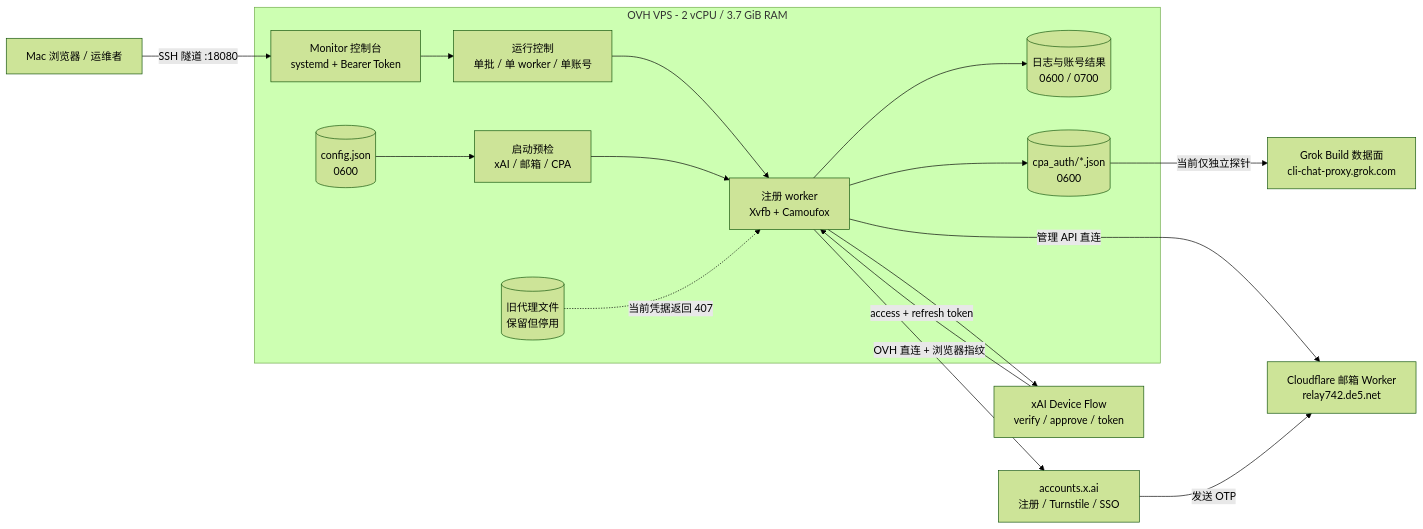
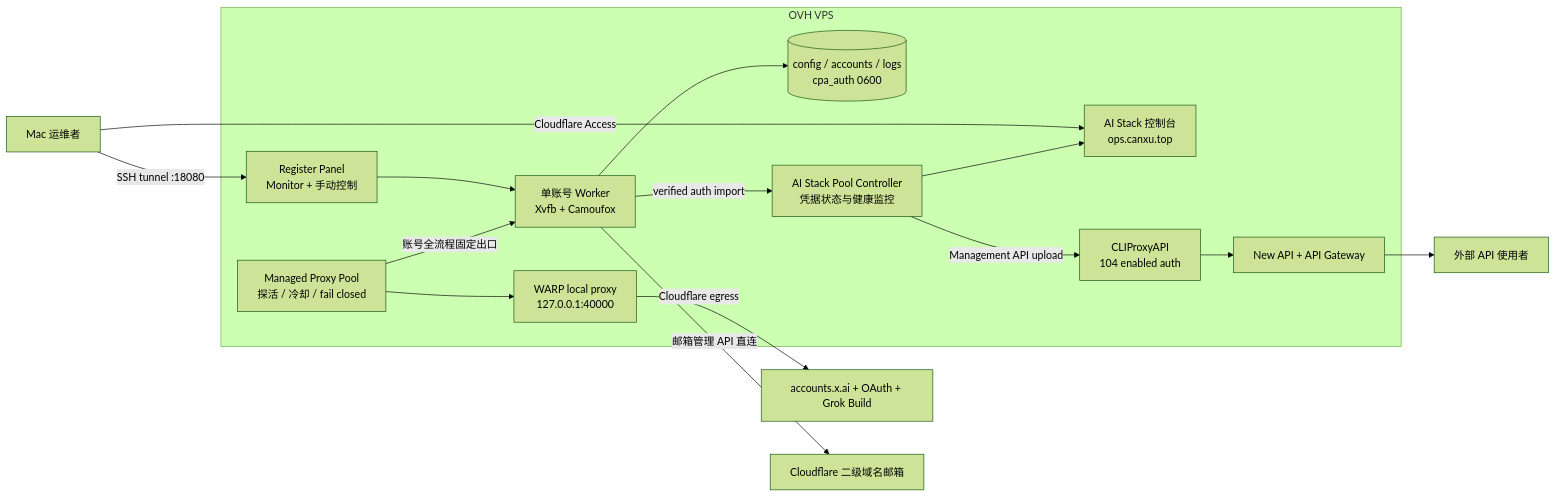
The first of 4 diagrams in docs/OPERATIONS_ARCHITECTURE.md (canxua/grok-register-panel), drawn with Mermaid (forest theme) before and after one commit. The commit also changed other lines of this file and 10 other files, not shown here.

Commit message:
docs(ops): record verified OVH registration architecture

````diff
--- a/docs/OPERATIONS_ARCHITECTURE.md
+++ b/docs/OPERATIONS_ARCHITECTURE.md
@@ -29,25 +34,30 @@
 ```mermaid
 flowchart LR
-    operator["Mac 浏览器 / 运维者"] -->|"SSH 隧道 :18080"| panel
-    subgraph ovh["OVH VPS - 2 vCPU / 3.7 GiB RAM"]
-        panel["Monitor 控制台<br/>systemd + Bearer Token"]
-        control["运行控制<br/>单批 / 单 worker / 单账号"]
-        checks["启动预检<br/>xAI / 邮箱 / CPA"]
-        worker["注册 worker<br/>Xvfb + Camoufox"]
-        config[("config.json<br/>0600")]
-        results[("日志与账号结果<br/>0600 / 0700")]
-        auth[("cpa_auth/*.json<br/>0600")]
-        legacy_proxy[("旧代理文件<br/>保留但停用")]
-        panel --> control --> worker
-        config --> checks --> worker
-        worker --> results
-        worker --> auth
-        legacy_proxy -. "当前凭据返回 407" .-> worker
+    operator["Mac 运维者"] -->|"SSH tunnel :18080"| panel
+    operator -->|"Cloudflare Access"| ops
+
+    subgraph ovh["OVH VPS"]
+        panel["Register Panel\nMonitor + 手动控制"]
+        runner["单账号 Worker\nXvfb + Camoufox"]
+        proxy_pool["Managed Proxy Pool\n探活 / 冷却 / fail closed"]
+        warp["WARP local proxy\n127.0.0.1:40000"]
+        local_state[("config / accounts / logs\ncpa_auth 0600")]
+        controller["AI Stack Pool Controller\n凭据状态与健康监控"]
+        cliproxy["CLIProxyAPI\n104 enabled auth"]
+        gateway["New API + API Gateway"]
+        ops["AI Stack 控制台\nops.canxu.top"]
+
+        panel --> runner
+        proxy_pool -->|"账号全流程固定出口"| runner
+        proxy_pool --> warp
+        runner --> local_state
+        runner -->|"verified auth import"| controller
+        controller -->|"Management API upload"| cliproxy
+        cliproxy --> gateway
+        controller --> ops
     end
-    worker -->|"OVH 直连 + 浏览器指纹"| signup["accounts.x.ai<br/>注册 / Turnstile / SSO"]
-    worker -->|"管理 API 直连"| mail["Cloudflare 邮箱 Worker<br/>relay742.de5.net"]
-    signup -->|"发送 OTP"| mail
-    worker --> oauth["xAI Device Flow<br/>verify / approve / token"]
-    oauth -->|"access + refresh token"| worker
-    auth -->|"当前仅独立探针"| build["Grok Build 数据面<br/>cli-chat-proxy.grok.com"]
+
+    warp -->|"Cloudflare egress"| xai["accounts.x.ai + OAuth + Grok Build"]
+    runner -->|"邮箱管理 API 直连"| mail["Cloudflare 二级域名邮箱"]
+    gateway --> clients["外部 API 使用者"]
 ```
````
